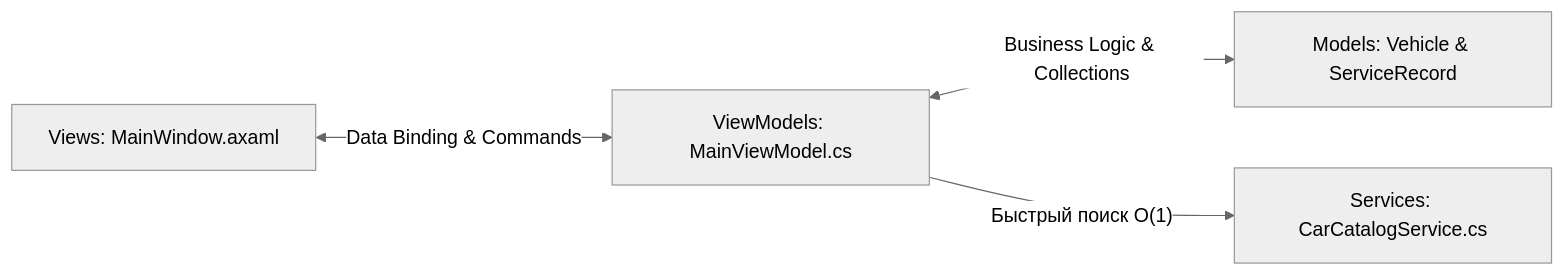
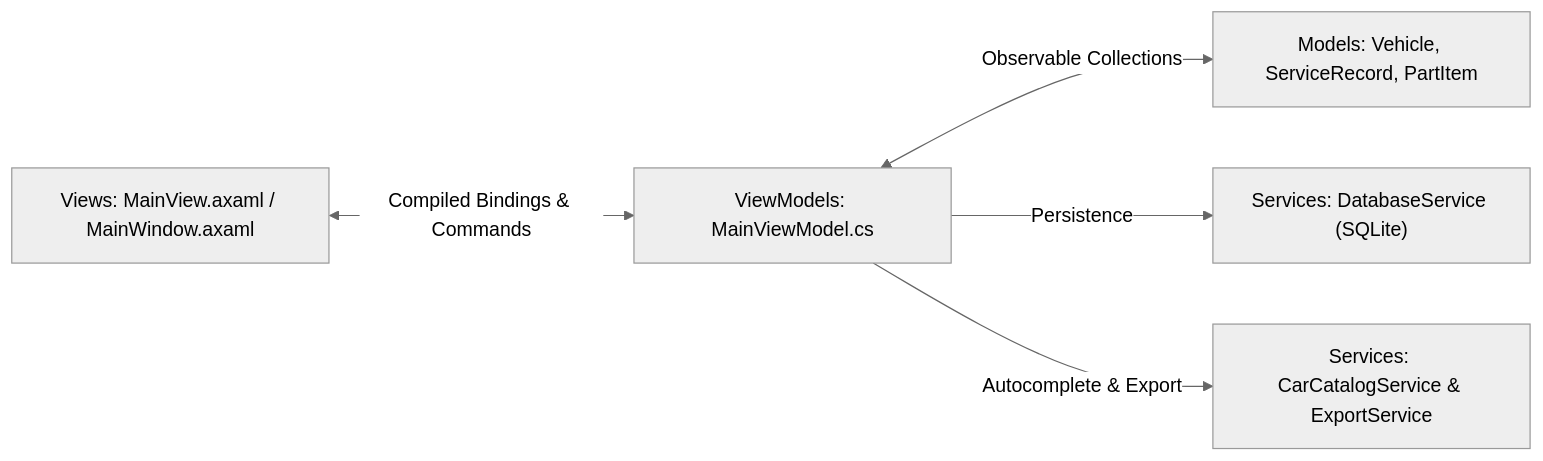
Before and after one commit to si1enzzz/DriveLog: the diagram in README.md, drawn with Mermaid (neutral theme). The commit also changed other lines of this file and 9 other files, not shown here.

````diff
--- a/README.md
+++ b/README.md
@@ -43,6 +64,7 @@
 ```mermaid
 flowchart LR
-    View["Views: MainWindow.axaml"] <-->|"Data Binding & Commands"| ViewModel["ViewModels: MainViewModel.cs"]
-    ViewModel <-->|"Business Logic & Collections"| Model["Models: Vehicle & ServiceRecord"]
-    ViewModel -->|"Быстрый поиск O(1)"| Service["Services: CarCatalogService.cs"]
+    View["Views: MainView.axaml / MainWindow.axaml"] <-->|"Compiled Bindings & Commands"| ViewModel["ViewModels: MainViewModel.cs"]
+    ViewModel <-->|"Observable Collections"| Model["Models: Vehicle, ServiceRecord, PartItem"]
+    ViewModel -->|"Persistence"| DB["Services: DatabaseService (SQLite)"]
+    ViewModel -->|"Autocomplete & Export"| Services["Services: CarCatalogService & ExportService"]
 ```
````
